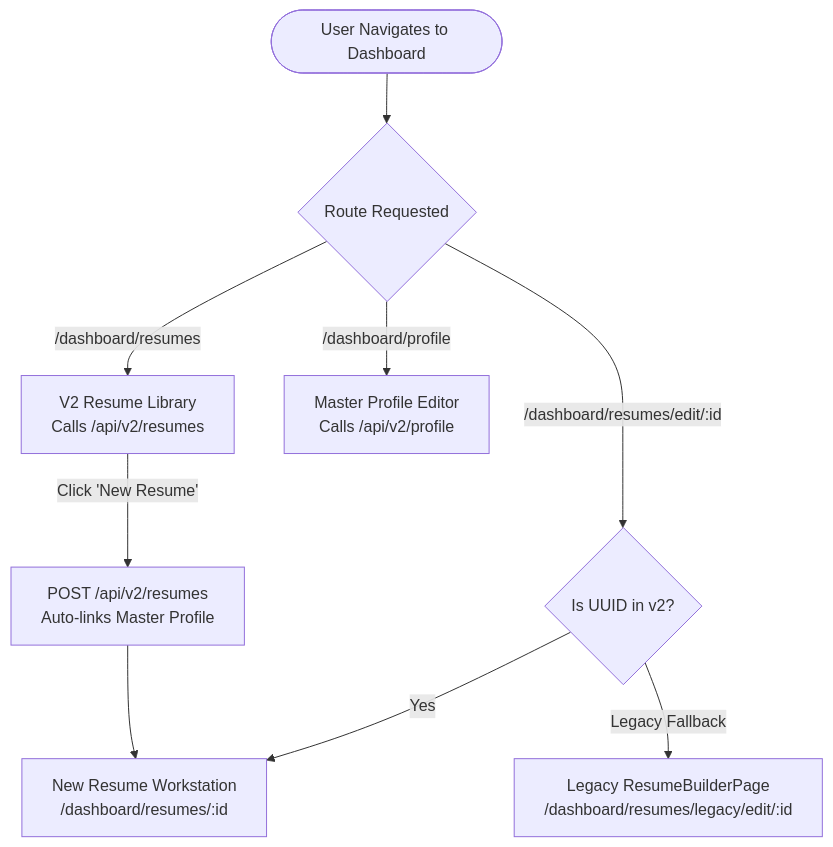
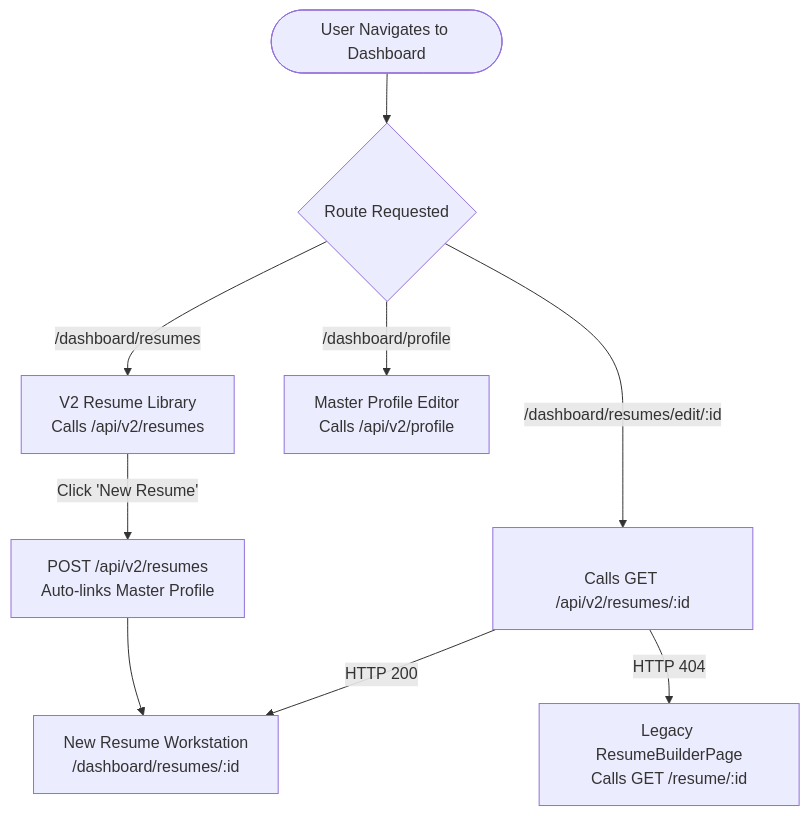
The diagram in docs/Phase_B2_Plan.md (HippomasAKiB1/Joblume-AI), drawn with Mermaid before and after one commit. The commit also changed other lines of this file, not shown here.

````diff
--- a/docs/Phase_B2_Plan.md
+++ b/docs/Phase_B2_Plan.md
@@ -60,14 +72,14 @@
 ```mermaid
 flowchart TD
     User([User Navigates to Dashboard]) --> DashNav{Route Requested}
 
     DashNav -->|/dashboard/resumes| V2List[V2 Resume Library<br/>Calls /api/v2/resumes]
     DashNav -->|/dashboard/profile| MasterEditor[Master Profile Editor<br/>Calls /api/v2/profile]
-    DashNav -->|/dashboard/resumes/edit/:id| RouteRouter{Is UUID in v2?}
+    DashNav -->|/dashboard/resumes/edit/:id| Resolver[<ResumeRouteResolver /><br/>Calls GET /api/v2/resumes/:id]
 
-    RouteRouter -->|Yes| V2Editor[New Resume Workstation<br/>/dashboard/resumes/:id]
-    RouteRouter -->|Legacy Fallback| LegacyEditor[Legacy ResumeBuilderPage<br/>/dashboard/resumes/legacy/edit/:id]
+    Resolver -->|HTTP 200| V2Editor[New Resume Workstation<br/>/dashboard/resumes/:id]
+    Resolver -->|HTTP 404| LegacyEditor[Legacy ResumeBuilderPage<br/>Calls GET /resume/:id]
 
     V2List -->|Click 'New Resume'| CreateV2[POST /api/v2/resumes<br/>Auto-links Master Profile]
     CreateV2 --> V2Editor
 ```
````
